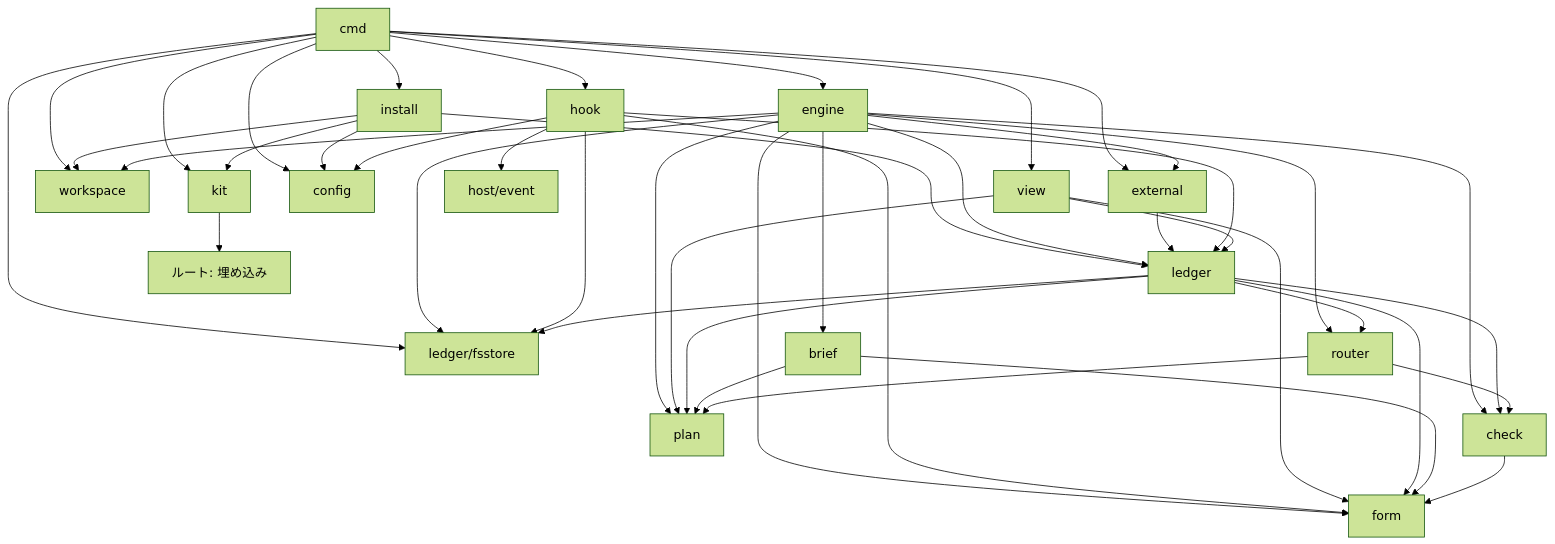
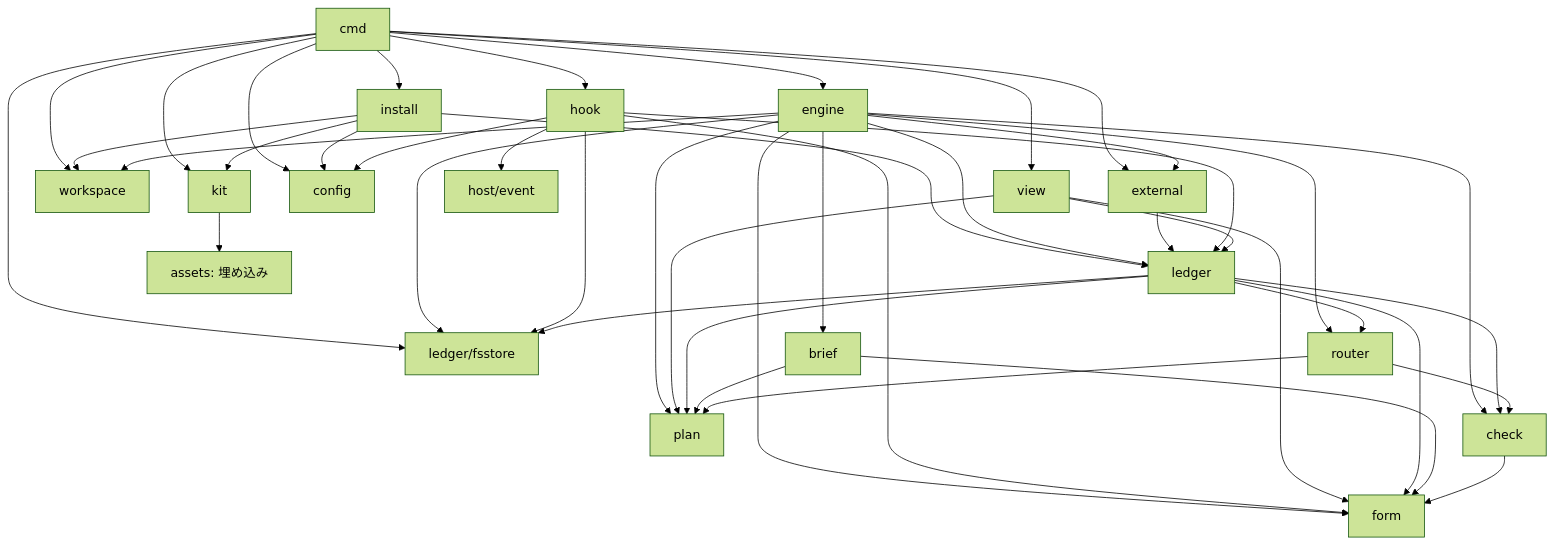
The diagram in docs/architecture/modules.md (ildjenty/dev-kit), drawn with Mermaid (forest theme) before and after one commit. The commit also changed other lines of this file and 168 other files, not shown here.

````diff
--- a/docs/architecture/modules.md
+++ b/docs/architecture/modules.md
@@ -200,45 +200,45 @@
 ```mermaid
 graph TD
   cmd --> install
   cmd --> engine
   cmd --> hook
   cmd --> view
   cmd --> fsstore[ledger/fsstore]
   cmd --> workspace
   cmd --> external
   cmd --> config
   cmd --> kit
   install --> config
   install --> kit
   install --> ledger
   install --> workspace
   engine --> plan
   engine --> brief
   engine --> check
   engine --> router
   engine --> ledger
   engine --> form
   engine --> workspace
   engine --> external
   engine --> fsstore
   external --> ledger
   hook --> ledger
   hook --> config
   hook --> hostevent[host/event]
   hook --> form
   hook --> fsstore
   view --> ledger
   view --> form
   view --> plan
   ledger --> plan
   ledger --> check
   ledger --> router
   ledger --> form
   ledger --> fsstore
   brief --> plan
   brief --> form
   check --> form
   router --> plan
   router --> check
-  kit --> root[ルート: 埋め込み]
+  kit --> assets[assets: 埋め込み]
 ```
````
